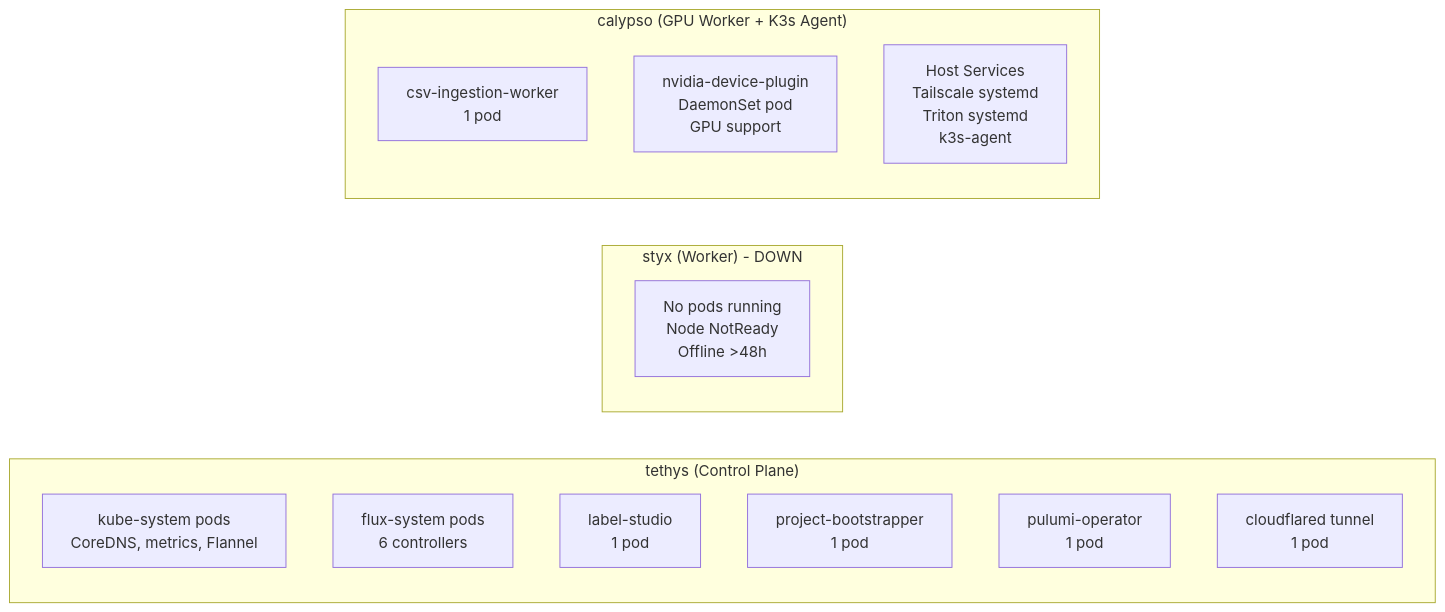
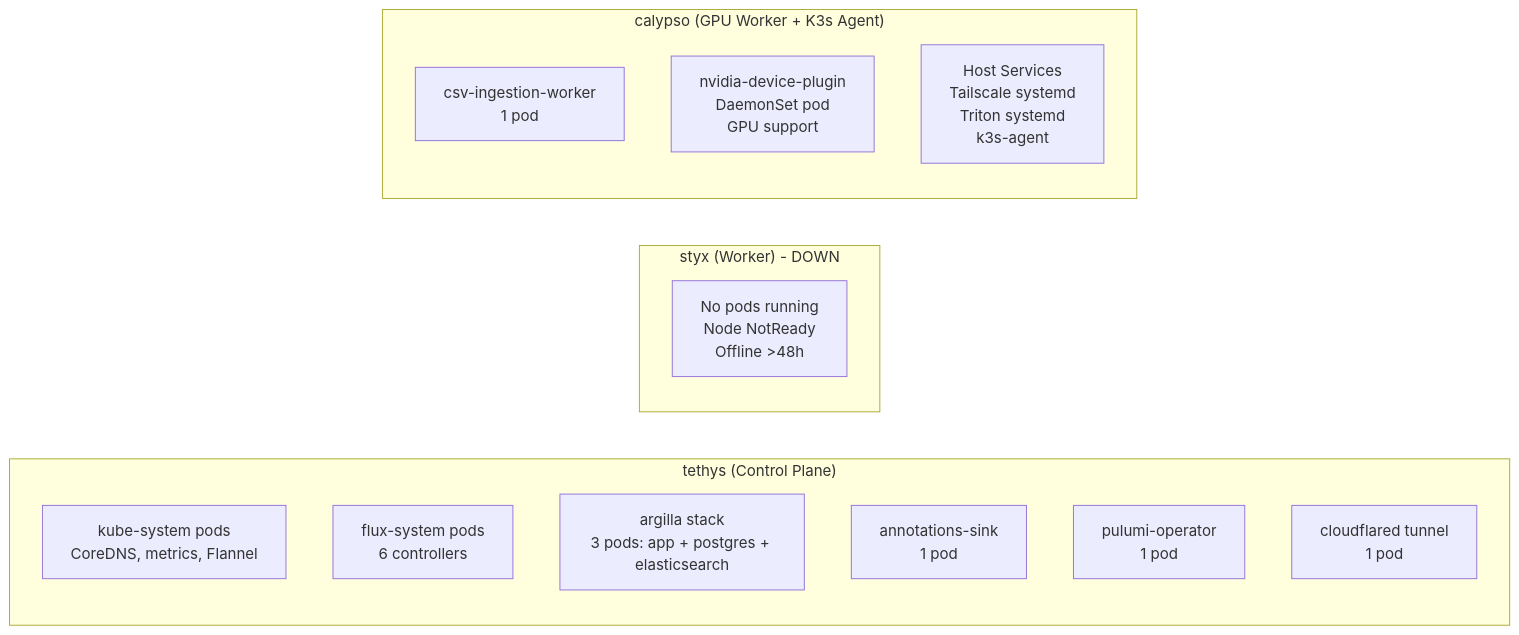
One commit to goldfish-inc/deepseek-ocr-vllm changed the sixth of 15 diagrams in docs/architecture/KUBERNETES_ARCHITECTURE.md. Above: the diagram before and after it, drawn with Mermaid. The commit also changed other lines of this file and 2 other files, not shown here.

First line of the commit message:
docs(architecture): update for Argilla migration and vessel-ner Workers

````diff
--- a/docs/architecture/KUBERNETES_ARCHITECTURE.md
+++ b/docs/architecture/KUBERNETES_ARCHITECTURE.md
@@ -203,21 +205,21 @@
 ```mermaid
 graph LR
     subgraph "tethys (Control Plane)"
         T1[kube-system pods<br/>CoreDNS, metrics, Flannel]
         T2[flux-system pods<br/>6 controllers]
-        T3[label-studio<br/>1 pod]
-        T4[project-bootstrapper<br/>1 pod]
+        T3[argilla stack<br/>3 pods: app + postgres + elasticsearch]
+        T4[annotations-sink<br/>1 pod]
         T5[pulumi-operator<br/>1 pod]
         T6[cloudflared tunnel<br/>1 pod]
     end
 
     subgraph "styx (Worker) - DOWN"
         S1[No pods running<br/>Node NotReady<br/>Offline >48h]
     end
 
     subgraph "calypso (GPU Worker + K3s Agent)"
         C1[csv-ingestion-worker<br/>1 pod]
         C2[nvidia-device-plugin<br/>DaemonSet pod<br/>GPU support]
         C3[Host Services<br/>Tailscale systemd<br/>Triton systemd<br/>k3s-agent]
     end
 ```
````
